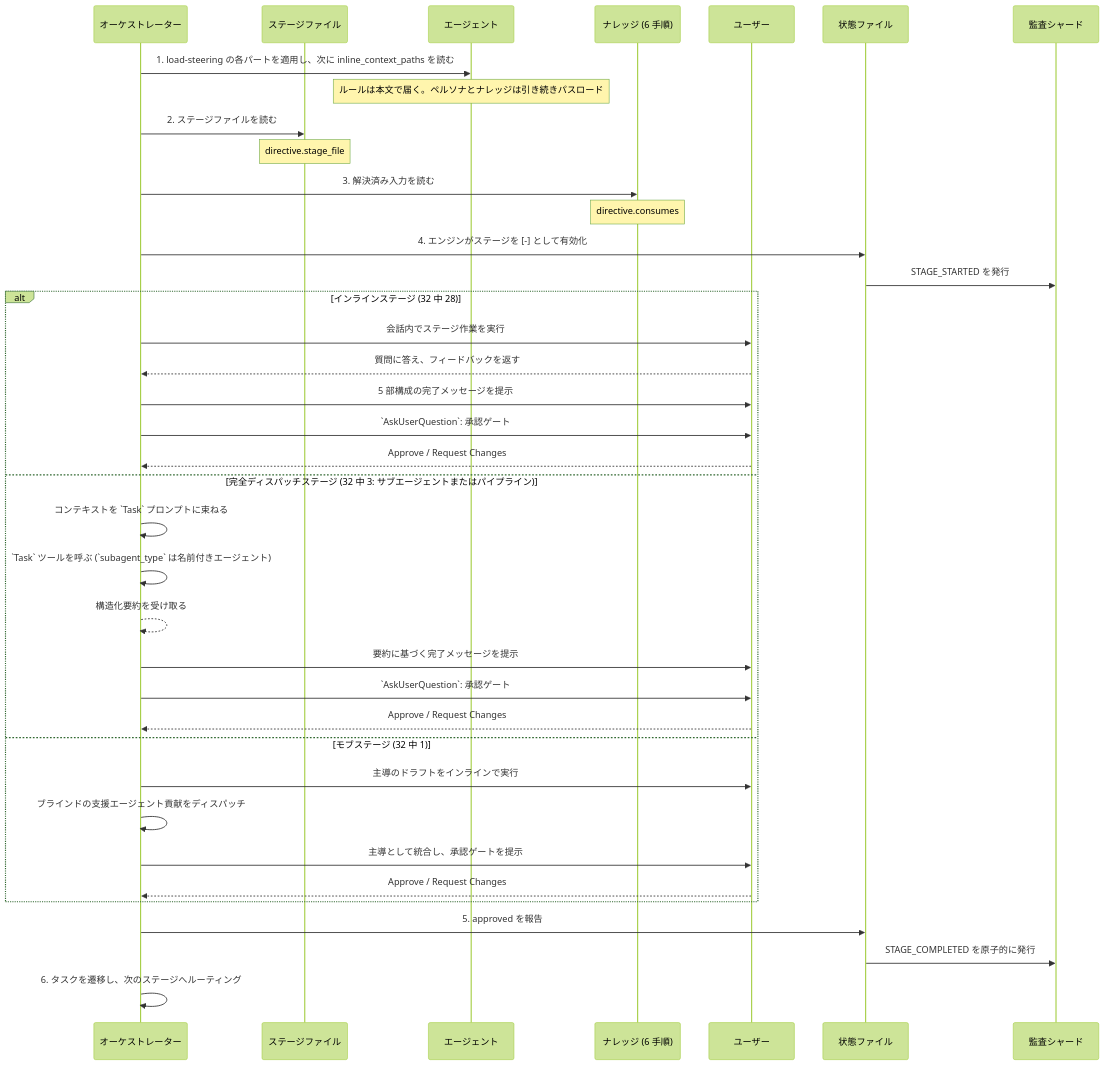
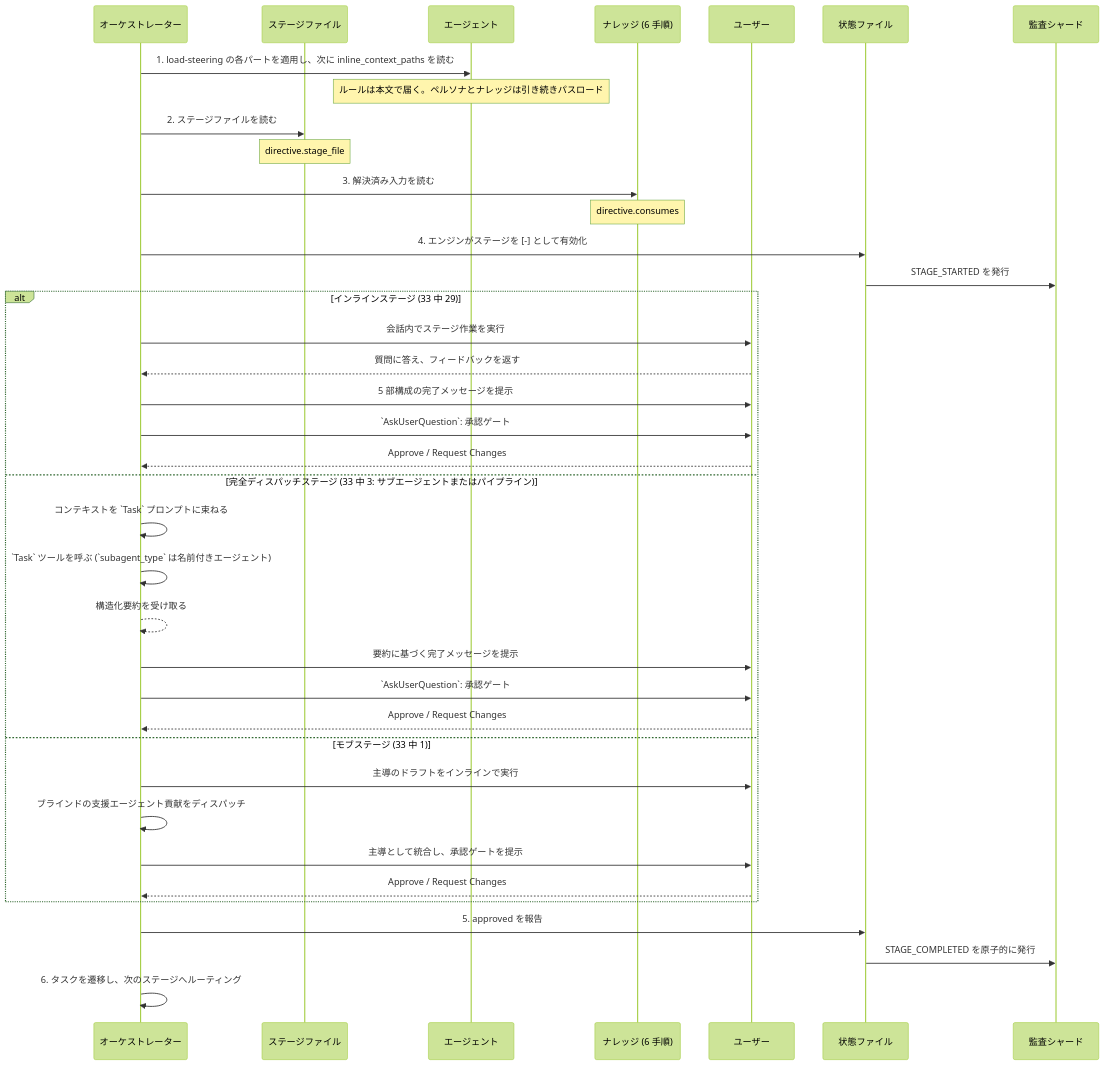
The second of 4 diagrams in docs/reference/03-orchestrator.mdx (otomatty/aidlc-workflows-docs), drawn with Mermaid (forest theme) before and after one commit. The commit also changed other lines of this file and 50 other files, not shown here.

````diff
--- a/docs/reference/03-orchestrator.mdx
+++ b/docs/reference/03-orchestrator.mdx
@@ -333,46 +333,46 @@
 ```mermaid
 sequenceDiagram
     participant O as オーケストレーター
     participant SF as ステージファイル
     participant A as エージェント
     participant K as ナレッジ (6 手順)
     participant U as ユーザー
     participant S as 状態ファイル
     participant AU as 監査シャード
 
     O->>A: 1. load-steering の各パートを適用し、次に inline_context_paths を読む
     Note over A: ルールは本文で届く。ペルソナとナレッジは引き続きパスロード
 
     O->>SF: 2. ステージファイルを読む
     Note over SF: directive.stage_file
 
     O->>K: 3. 解決済み入力を読む
     Note over K: directive.consumes
 
     O->>S: 4. エンジンがステージを [-] として有効化
     S->>AU: STAGE_STARTED を発行
 
-    alt インラインステージ (32 中 28)
+    alt インラインステージ (33 中 29)
         O->>U: 会話内でステージ作業を実行
         U-->>O: 質問に答え、フィードバックを返す
         O->>U: 5 部構成の完了メッセージを提示
         O->>U: `AskUserQuestion`: 承認ゲート
         U-->>O: Approve / Request Changes
-    else 完全ディスパッチステージ (32 中 3: サブエージェントまたはパイプライン)
+    else 完全ディスパッチステージ (33 中 3: サブエージェントまたはパイプライン)
         O->>O: コンテキストを `Task` プロンプトに束ねる
         O->>O: `Task` ツールを呼ぶ (`subagent_type` は名前付きエージェント)
         O-->>O: 構造化要約を受け取る
         O->>U: 要約に基づく完了メッセージを提示
         O->>U: `AskUserQuestion`: 承認ゲート
         U-->>O: Approve / Request Changes
-    else モブステージ (32 中 1)
+    else モブステージ (33 中 1)
         O->>U: 主導のドラフトをインラインで実行
         O->>O: ブラインドの支援エージェント貢献をディスパッチ
         O->>U: 主導として統合し、承認ゲートを提示
         U-->>O: Approve / Request Changes
     end
 
     O->>S: 5. approved を報告
     S->>AU: STAGE_COMPLETED を原子的に発行
     O->>O: 6. タスクを遷移し、次のステージへルーティング
 ```
````
